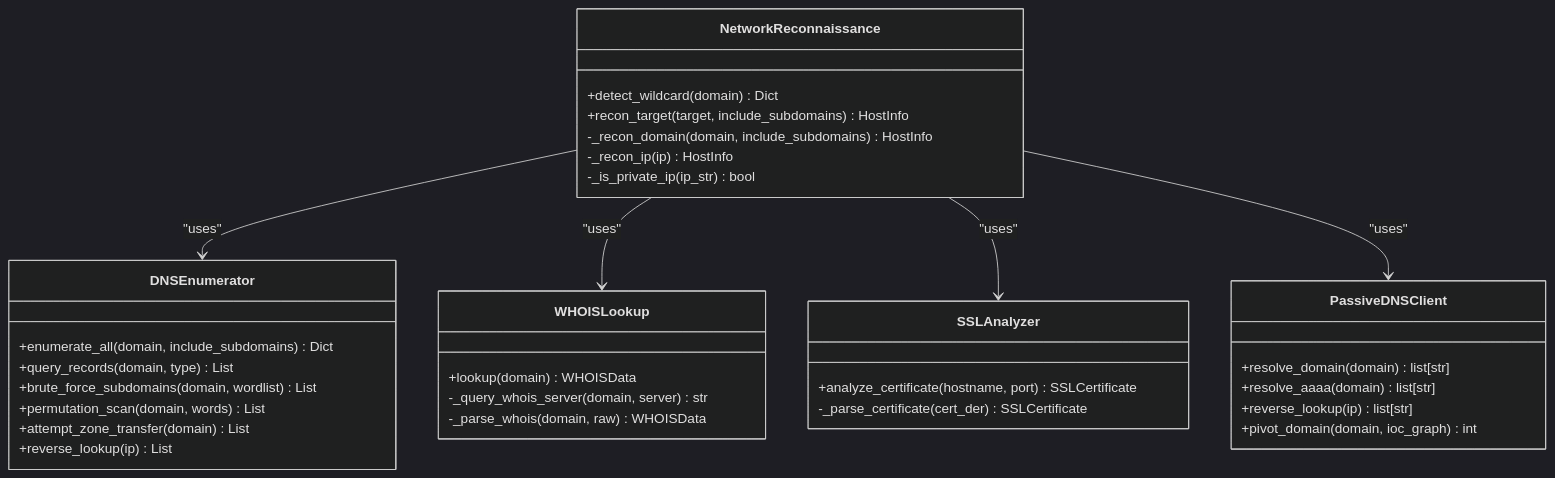
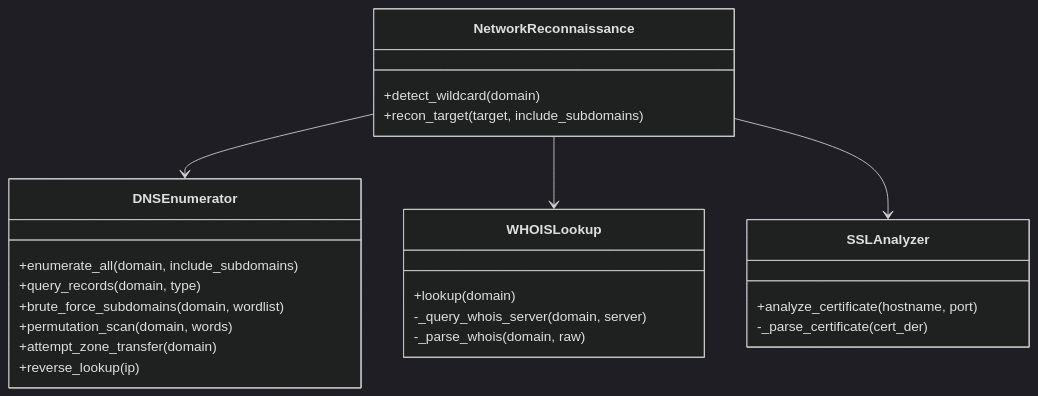
The sixth of 9 diagrams in .qoder/repowiki/en/content/Intelligence Modules/Network Intelligence.md (Hamulda/hledac-universal), drawn with Mermaid (dark theme) before and after one commit. The commit also changed other lines of this file and 236 other files, not shown here.

````diff
--- a/.qoder/repowiki/en/content/Intelligence Modules/Network Intelligence.md
+++ b/.qoder/repowiki/en/content/Intelligence Modules/Network Intelligence.md
@@ -178,37 +250,27 @@
 ```mermaid
 classDiagram
-class NetworkReconnaissance {
-+detect_wildcard(domain) Dict
-+recon_target(target, include_subdomains) HostInfo
--_recon_domain(domain, include_subdomains) HostInfo
--_recon_ip(ip) HostInfo
--_is_private_ip(ip_str) bool
-}
 class DNSEnumerator {
-+enumerate_all(domain, include_subdomains) Dict
-+query_records(domain, type) List
-+brute_force_subdomains(domain, wordlist) List
-+permutation_scan(domain, words) List
-+attempt_zone_transfer(domain) List
-+reverse_lookup(ip) List
++enumerate_all(domain, include_subdomains)
++query_records(domain, type)
++brute_force_subdomains(domain, wordlist)
++permutation_scan(domain, words)
++attempt_zone_transfer(domain)
++reverse_lookup(ip)
 }
 class WHOISLookup {
-+lookup(domain) WHOISData
--_query_whois_server(domain, server) str
--_parse_whois(domain, raw) WHOISData
++lookup(domain)
+-_query_whois_server(domain, server)
+-_parse_whois(domain, raw)
 }
 class SSLAnalyzer {
-+analyze_certificate(hostname, port) SSLCertificate
--_parse_certificate(cert_der) SSLCertificate
++analyze_certificate(hostname, port)
+-_parse_certificate(cert_der)
 }
-class PassiveDNSClient {
-+resolve_domain(domain) list[str]
-+resolve_aaaa(domain) list[str]
-+reverse_lookup(ip) list[str]
-+pivot_domain(domain, ioc_graph) int
+class NetworkReconnaissance {
++detect_wildcard(domain)
++recon_target(target, include_subdomains)
 }
-NetworkReconnaissance --> DNSEnumerator : "uses"
-NetworkReconnaissance --> WHOISLookup : "uses"
-NetworkReconnaissance --> SSLAnalyzer : "uses"
-NetworkReconnaissance --> PassiveDNSClient : "uses"
+NetworkReconnaissance --> DNSEnumerator
+NetworkReconnaissance --> WHOISLookup
+NetworkReconnaissance --> SSLAnalyzer
 ```
````
